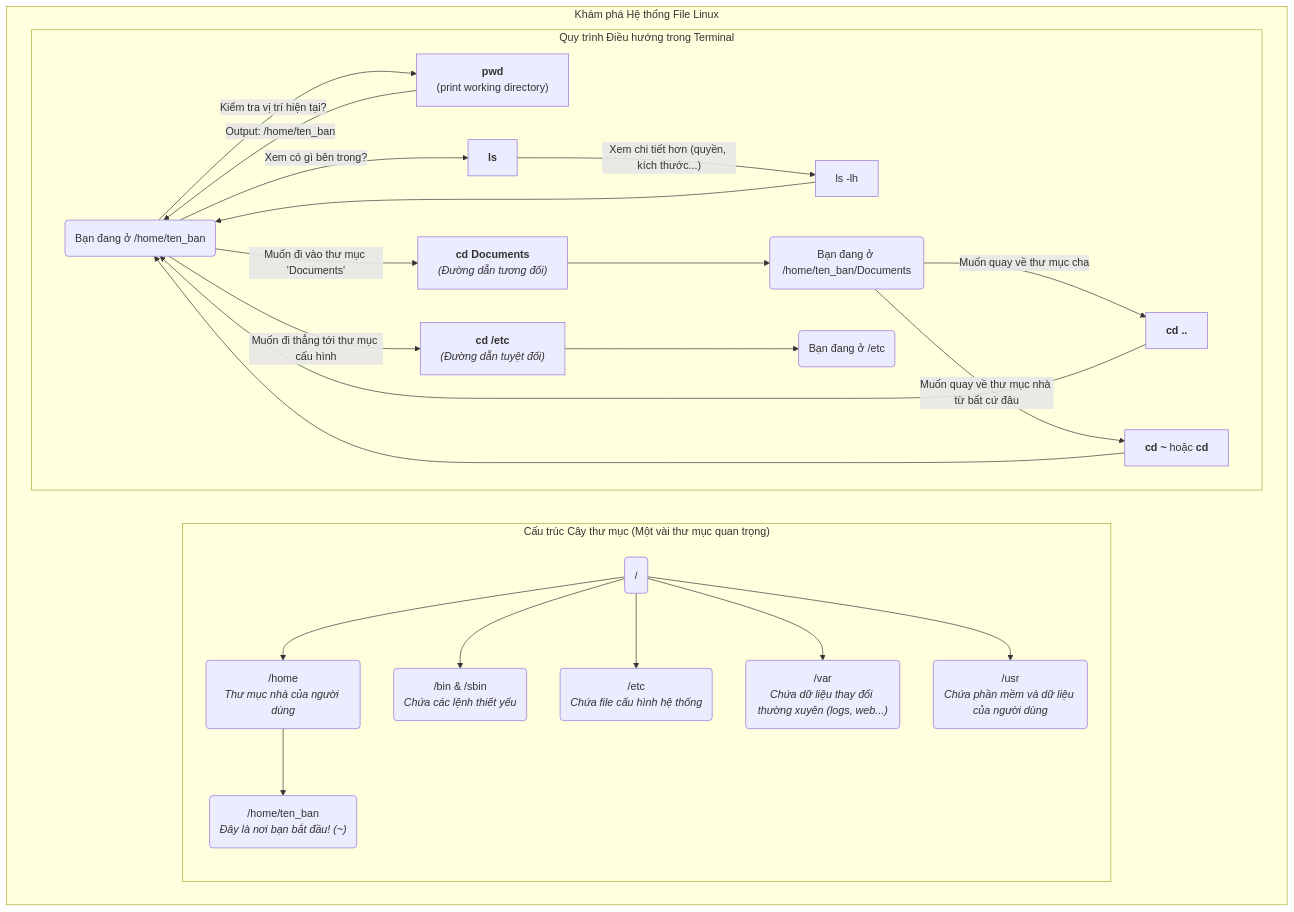
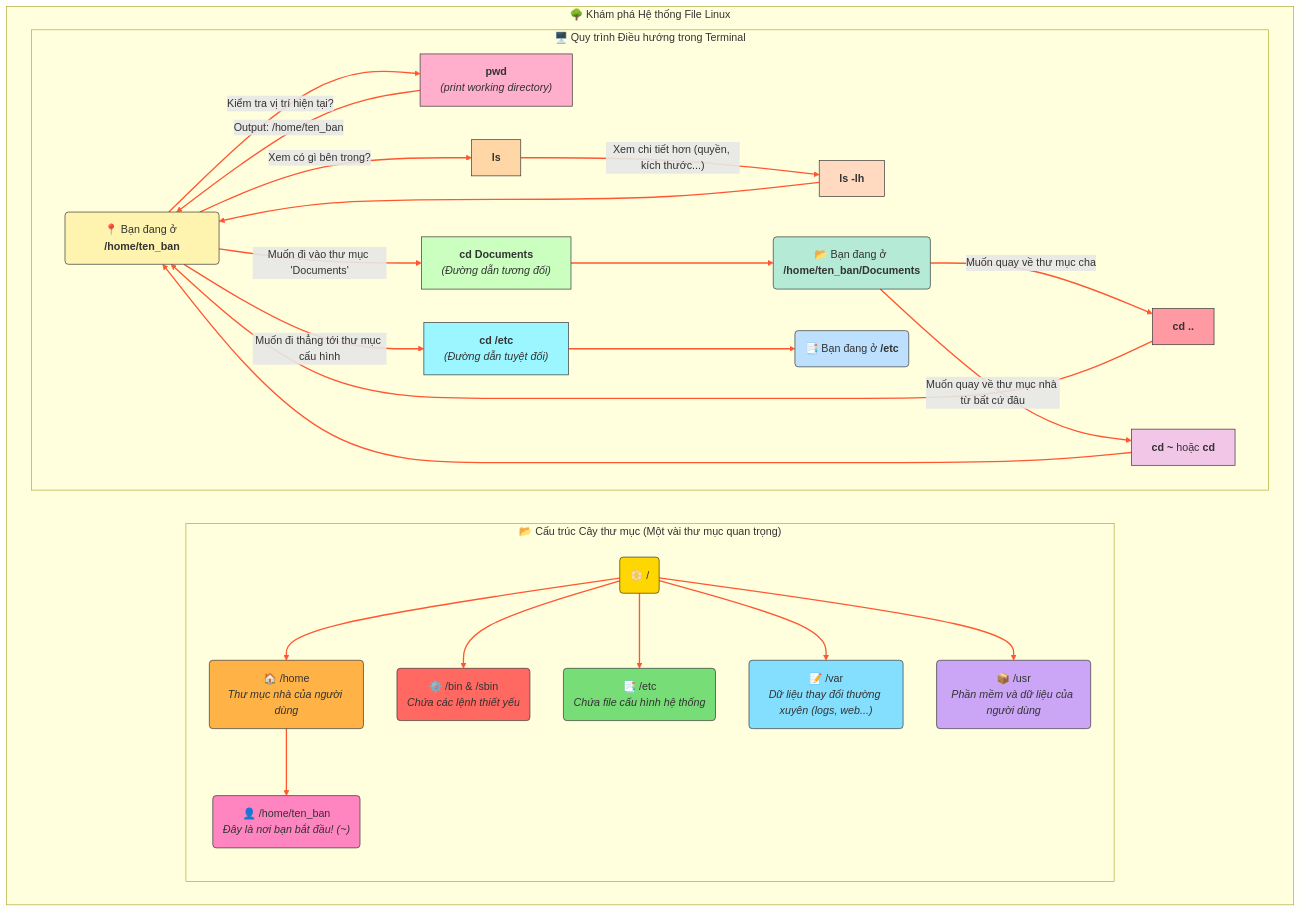
One commit to ngockhanhvd2812/DBA changed the sixth of 10 diagrams in linux.md. Above: the diagram before and after it, drawn with Mermaid. The commit also changed other lines of this file and 1 other file, not shown here.

````diff
--- a/linux.md
+++ b/linux.md
@@ -341,31 +342,31 @@
 ```mermaid
-graph TD
-    subgraph "Khám phá Hệ thống File Linux"
+flowchart TD
+    subgraph "🌳 Khám phá Hệ thống File Linux"
         
         %% Filesystem Structure
-        subgraph "Cấu trúc Cây thư mục (Một vài thư mục quan trọng)"
-            Root("/")
-            Root --> home("/home<br/><i>Thư mục nhà của người dùng</i>")
-            Root --> bin_sbin("/bin & /sbin<br/><i>Chứa các lệnh thiết yếu</i>")
-            Root --> etc("/etc<br/><i>Chứa file cấu hình hệ thống</i>")
-            Root --> var("/var<br/><i>Chứa dữ liệu thay đổi thường xuyên (logs, web...)</i>")
-            Root --> usr("/usr<br/><i>Chứa phần mềm và dữ liệu của người dùng</i>")
-            home --> user_dir("/home/ten_ban<br/><i>Đây là nơi bạn bắt đầu! (~)</i>")
+        subgraph "📂 Cấu trúc Cây thư mục (Một vài thư mục quan trọng)"
+            Root("📀 /")
+            Root --> home("🏠 /home<br/><i>Thư mục nhà của người dùng</i>")
+            Root --> bin_sbin("⚙️ /bin & /sbin<br/><i>Chứa các lệnh thiết yếu</i>")
+            Root --> etc("📑 /etc<br/><i>Chứa file cấu hình hệ thống</i>")
+            Root --> var("📝 /var<br/><i>Dữ liệu thay đổi thường xuyên (logs, web...)</i>")
+            Root --> usr("📦 /usr<br/><i>Phần mềm và dữ liệu của người dùng</i>")
+            home --> user_dir("👤 /home/ten_ban<br/><i>Đây là nơi bạn bắt đầu! (~)</i>")
         end
 
         %% Navigation Commands Workflow
-        subgraph "Quy trình Điều hướng trong Terminal"
+        subgraph "🖥️ Quy trình Điều hướng trong Terminal"
             direction LR
-            Start("Bạn đang ở /home/ten_ban")
-            Start -- "Kiểm tra vị trí hiện tại?" --> Q1["<b>pwd</b><br/>(print working directory)"]
+            Start("📍 Bạn đang ở <b>/home/ten_ban</b>")
+            Start -- "Kiểm tra vị trí hiện tại?" --> Q1["<b>pwd</b><br/><i>(print working directory)</i>"]
             Q1 -- "Output: /home/ten_ban" --> Start
             
             Start -- "Xem có gì bên trong?" --> Q2["<b>ls</b>"]
-            Q2 -- "Xem chi tiết hơn (quyền, kích thước...)" --> Q2_opt1["ls -lh"]
+            Q2 -- "Xem chi tiết hơn (quyền, kích thước...)" --> Q2_opt1["<b>ls -lh</b>"]
             Q2_opt1 --> Start
             
             Start -- "Muốn đi vào thư mục 'Documents'" --> Q3["<b>cd Documents</b><br/><i>(Đường dẫn tương đối)</i>"]
-            Q3 --> New_Location("Bạn đang ở /home/ten_ban/Documents")
+            Q3 --> New_Location("📂 Bạn đang ở <b>/home/ten_ban/Documents</b>")
             
             New_Location -- "Muốn quay về thư mục cha" --> Q4["<b>cd ..</b>"]
             Q4 --> Start
@@ -374,7 +375,51 @@
             Q5 --> Start
             
             Start -- "Muốn đi thẳng tới thư mục cấu hình" --> Q6["<b>cd /etc</b><br/><i>(Đường dẫn tuyệt đối)</i>"]
-            Q6 --> Etc_Location("Bạn đang ở /etc")
+            Q6 --> Etc_Location("📑 Bạn đang ở <b>/etc</b>")
         end
     end
+
+    %% 🔥 Class definitions (màu nền kiểu vàng nhạt)
+    classDef rootNode fill:#FFD700,stroke:#333,stroke-width:1px;
+    classDef homeNode fill:#FFB347,stroke:#333;
+    classDef binNode fill:#FF6961,stroke:#333;
+    classDef etcNode fill:#77DD77,stroke:#333;
+    classDef varNode fill:#84DFFF,stroke:#333;
+    classDef usrNode fill:#CBA6F7,stroke:#333;
+    classDef userNode fill:#FF85C1,stroke:#333;
+
+    classDef start fill:#FFF3B0,stroke:#333;
+    classDef cmd1 fill:#FFAFCC,stroke:#333;
+    classDef cmd2 fill:#FFD6A5,stroke:#333;
+    classDef cmd2_opt fill:#FFDAC1,stroke:#333;
+    classDef cmd3 fill:#CAFFBF,stroke:#333;
+    classDef newLoc fill:#B5EAD7,stroke:#333;
+    classDef cmd4 fill:#FF9AA2,stroke:#333;
+    classDef cmd5 fill:#F1C6E7,stroke:#333;
+    classDef cmd6 fill:#9BF6FF,stroke:#333;
+    classDef etcLoc fill:#BDE0FE,stroke:#333;
+
+    %% Assign classes
+    class Root rootNode;
+    class home homeNode;
+    class bin_sbin binNode;
+    class etc etcNode;
+    class var varNode;
+    class usr usrNode;
+    class user_dir userNode;
+
+    class Start start;
+    class Q1 cmd1;
+    class Q2 cmd2;
+    class Q2_opt1 cmd2_opt;
+    class Q3 cmd3;
+    class New_Location newLoc;
+    class Q4 cmd4;
+    class Q5 cmd5;
+    class Q6 cmd6;
+    class Etc_Location etcLoc;
+
+    %% 🎨 Styling mũi tên
+    linkStyle default stroke:#FF5733,stroke-width:2px,fill:none;
+
 ``` 
````
